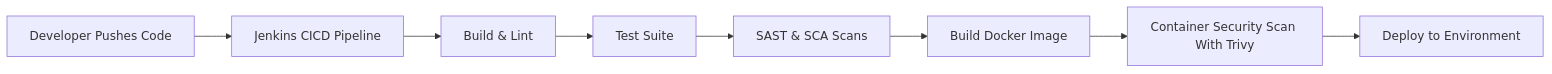
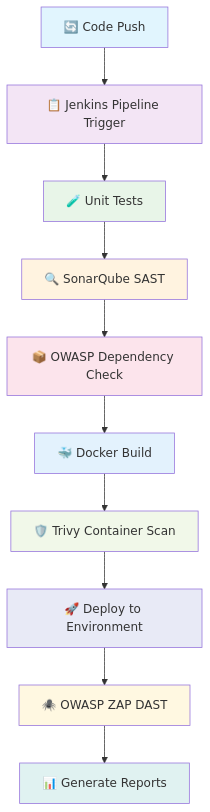
One commit to elonerajeev/DevSecOps-Pipeline-For-Node-App changed the diagram in README.md. Above: the diagram before and after it, drawn with Mermaid. The commit also changed other lines of this file and 1 other file, not shown here.

````diff
--- a/README.md
+++ b/README.md
@@ -52,10 +70,23 @@
 ```mermaid
-flowchart LR
-    A[Developer Pushes Code] --> B[Jenkins CICD Pipeline]
-    B --> C[Build & Lint]
-    C --> D[Test Suite]
-    D --> E[SAST & SCA Scans]
-    E --> F[Build Docker Image]
-    F --> G[Container Security Scan With Trivy]
-    G --> H[Deploy to Environment]
+graph TD
+    A[🔄 Code Push] --> B[📋 Jenkins Pipeline Trigger]
+    B --> C[🧪 Unit Tests]
+    C --> D[🔍 SonarQube SAST]
+    D --> E[📦 OWASP Dependency Check]
+    E --> F[🐳 Docker Build]
+    F --> G[🛡️ Trivy Container Scan]
+    G --> H[🚀 Deploy to Environment]
+    H --> I[🕷️ OWASP ZAP DAST]
+    I --> J[📊 Generate Reports]
+
+    style A fill:#e1f5fe
+    style B fill:#f3e5f5
+    style C fill:#e8f5e8
+    style D fill:#fff3e0
+    style E fill:#fce4ec
+    style F fill:#e3f2fd
+    style G fill:#f1f8e9
+    style H fill:#e8eaf6
+    style I fill:#fff8e1
+    style J fill:#e0f2f1
 ```
````
